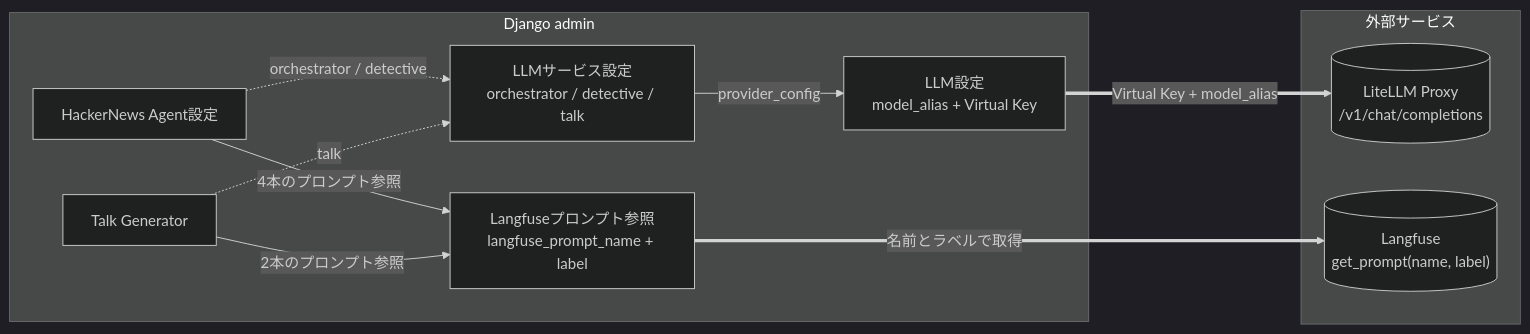
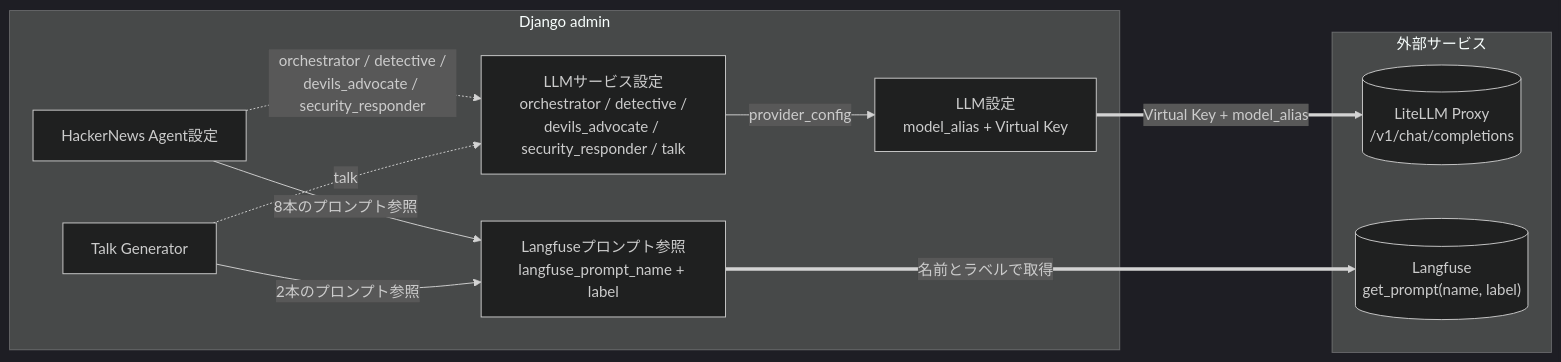
Before and after one commit to kagiyama-baking/kawashiro-server: the first of 2 diagrams in README.md, drawn with Mermaid (dark theme). The commit also changed other lines of this file and 2 other files, not shown here.

First line of the commit message:
docs: Devil's Advocate / Security Responder 追加を各 README に反映

````diff
--- a/README.md
+++ b/README.md
@@ -60,24 +60,24 @@
 ```mermaid
 flowchart LR
     subgraph Admin["Django admin"]
         Provider["LLM設定<br/>model_alias + Virtual Key"]
-        Service["LLMサービス設定<br/>orchestrator / detective / talk"]
+        Service["LLMサービス設定<br/>orchestrator / detective /<br/>devils_advocate / security_responder / talk"]
         Ref["Langfuseプロンプト参照<br/>langfuse_prompt_name + label"]
         HN["HackerNews Agent設定"]
         Talk["Talk Generator"]
     end
 
     subgraph External["外部サービス"]
         LiteLLM[("LiteLLM Proxy<br/>/v1/chat/completions")]
         Langfuse[("Langfuse<br/>get_prompt(name, label)")]
     end
 
     Service -->|provider_config| Provider
-    HN -->|4本のプロンプト参照| Ref
-    HN -.->|orchestrator / detective| Service
+    HN -->|8本のプロンプト参照| Ref
+    HN -.->|orchestrator / detective /<br/>devils_advocate / security_responder| Service
     Talk -->|2本のプロンプト参照| Ref
     Talk -.->|talk| Service
 
     Provider ==>|Virtual Key + model_alias| LiteLLM
     Ref ==>|名前とラベルで取得| Langfuse
 ```
````
